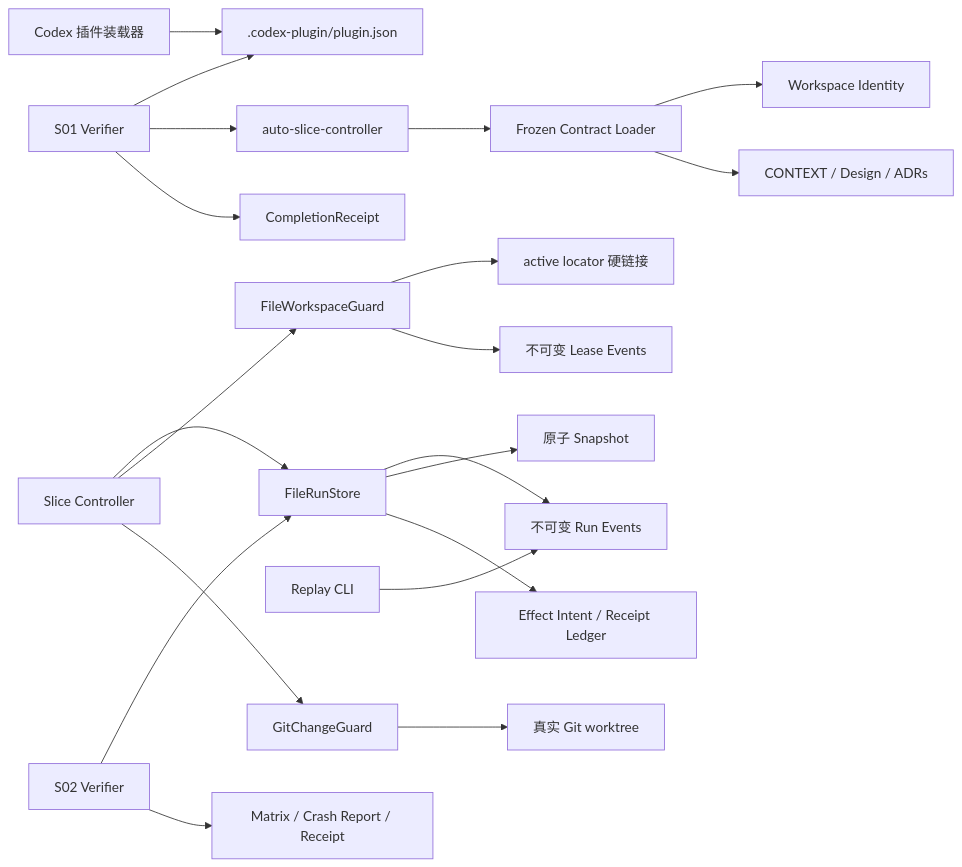
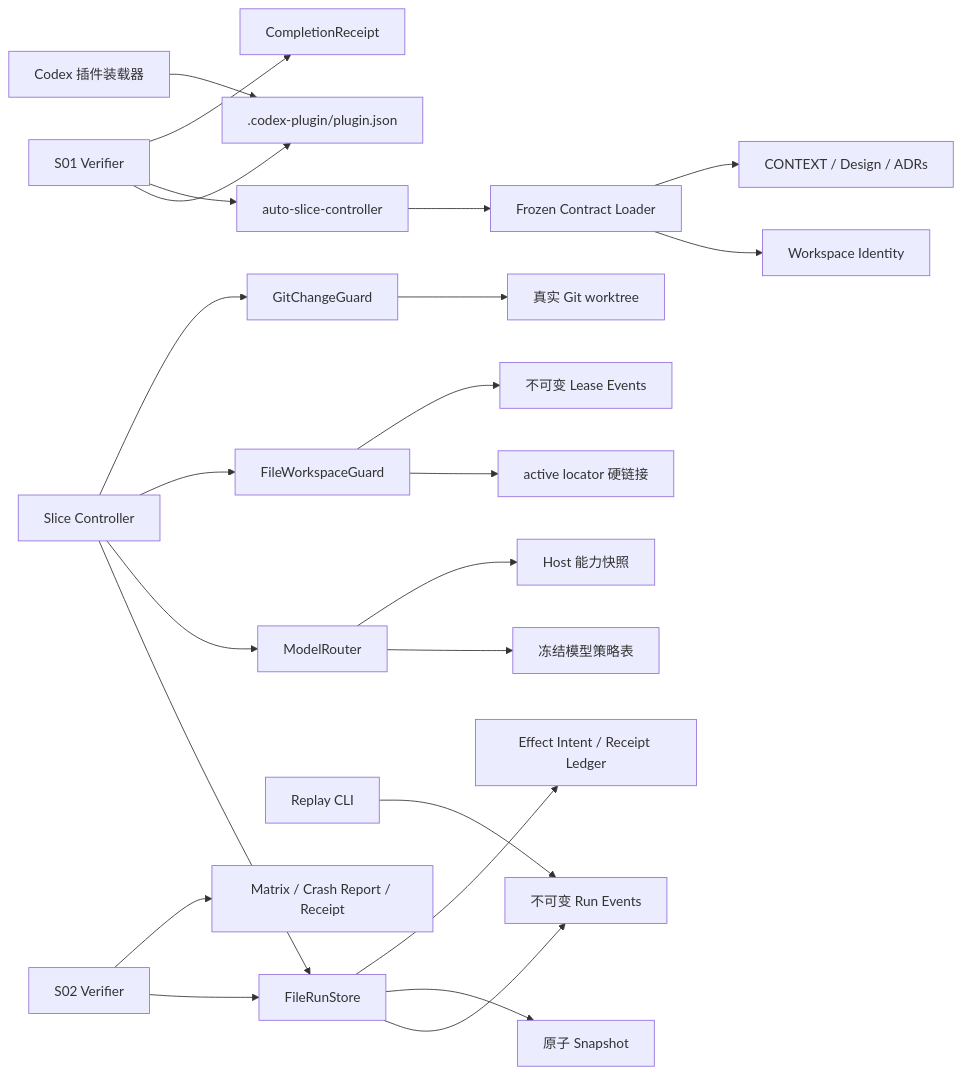
The diagram in docs/架构.md (adaelon/auto-slice), drawn with Mermaid before and after one commit. The commit also changed other lines of this file and 14 other files, not shown here.

````diff
--- a/docs/架构.md
+++ b/docs/架构.md
@@ -5,22 +5,25 @@
 ```mermaid
 flowchart LR
   Codex["Codex 插件装载器"] --> Manifest[".codex-plugin/plugin.json"]
   CLI["auto-slice-controller"] --> Loader["Frozen Contract Loader"]
   Loader --> Identity["Workspace Identity"]
   Loader --> Inputs["CONTEXT / Design / ADRs"]
   Controller["Slice Controller"] --> RunStore["FileRunStore"]
+  Controller --> ModelRouter["ModelRouter"]
+  ModelRouter --> PolicyTable["冻结模型策略表"]
+  ModelRouter --> HostCapabilities["Host 能力快照"]
   RunStore --> Events["不可变 Run Events"]
   RunStore --> Snapshot["原子 Snapshot"]
   RunStore --> Effects["Effect Intent / Receipt Ledger"]
   Controller --> WorkspaceGuard["FileWorkspaceGuard"]
   WorkspaceGuard --> ActiveLease["active locator 硬链接"]
   WorkspaceGuard --> LeaseEvents["不可变 Lease Events"]
   Controller --> ChangeGuard["GitChangeGuard"]
   ChangeGuard --> Git["真实 Git worktree"]
   Replay["Replay CLI"] --> Events
   Verifier["S01 Verifier"] --> Manifest
   Verifier --> CLI
   Verifier --> Receipt["CompletionReceipt"]
   S02Verifier["S02 Verifier"] --> RunStore
   S02Verifier --> S02Evidence["Matrix / Crash Report / Receipt"]
 ```
````
